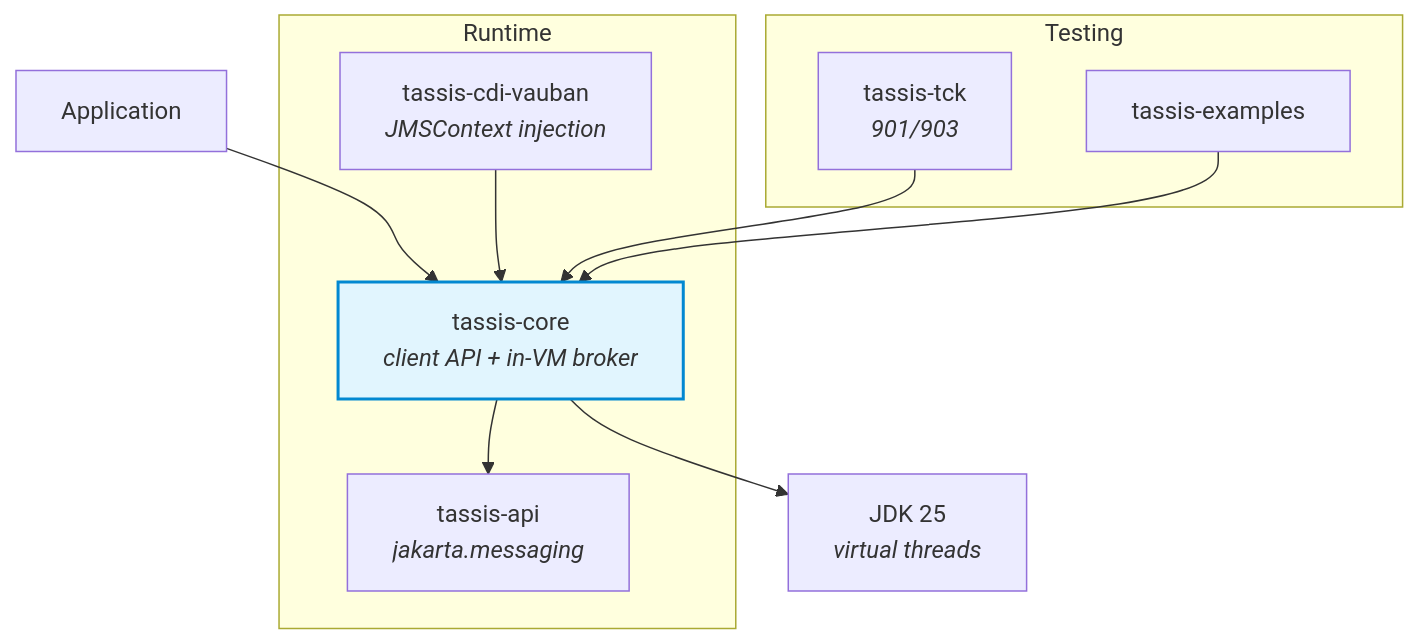
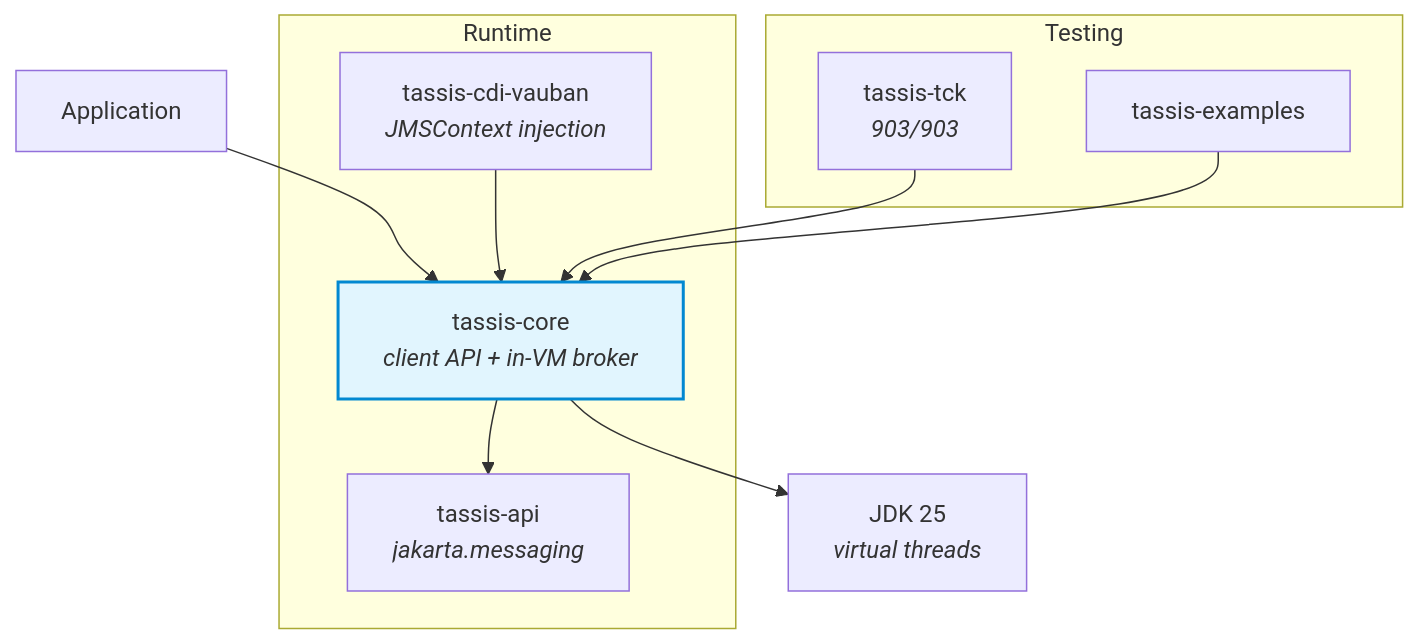
Before and after one commit to vidocq-stack/tassis: the diagram in README.md, drawn with Mermaid. The commit also changed other lines of this file and 87 other files, not shown here.

````diff
--- a/README.md
+++ b/README.md
@@ -232,16 +232,16 @@
 ```mermaid
 graph TB
     APP[Application] --> CORE
     subgraph "Runtime"
         CORE[tassis-core<br/><i>client API + in-VM broker</i>] --> API[tassis-api<br/><i>jakarta.messaging</i>]
         CDI[tassis-cdi-vauban<br/><i>JMSContext injection</i>] --> CORE
     end
     subgraph "Testing"
-        TCK[tassis-tck<br/><i>901/903</i>]
+        TCK[tassis-tck<br/><i>903/903</i>]
         EX[tassis-examples]
     end
     TCK --> CORE
     EX --> CORE
     CORE --> JDK[JDK 25<br/><i>virtual threads</i>]
     style CORE fill:#e1f5fe,stroke:#0288d1,stroke-width:2px
 ```
````
